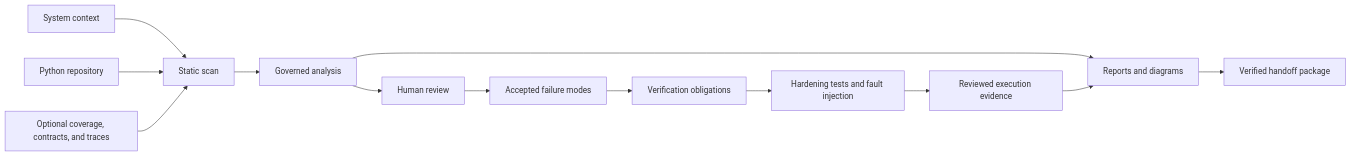
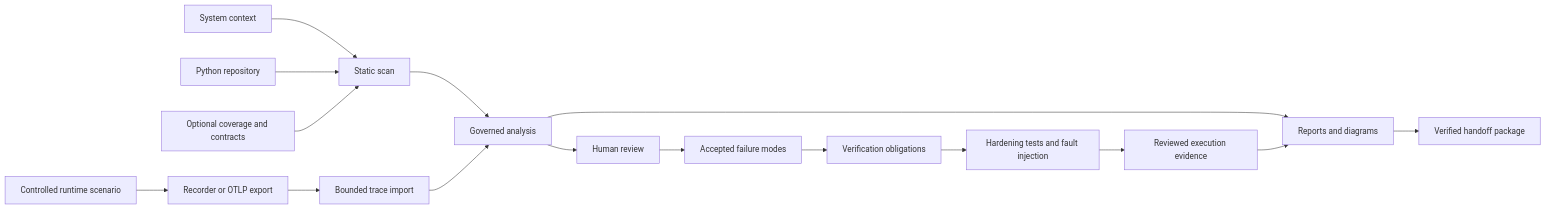
Before and after one commit to willtran87/project-py-sfmea: the first of 7 diagrams in docs/VISUAL_GUIDE.md, drawn with Mermaid. The commit also changed other lines of this file and 8 other files, not shown here.

Commit message:
Refresh assurance workflows and diagrams

````diff
--- a/docs/VISUAL_GUIDE.md
+++ b/docs/VISUAL_GUIDE.md
@@ -9,15 +9,18 @@
 ```mermaid
 flowchart LR
     C["System context"] --> S["Static scan"]
     R["Python repository"] --> S
-    E["Optional coverage, contracts, and traces"] --> S
+    E["Optional coverage and contracts"] --> S
+    X["Controlled runtime scenario"] --> RX["Recorder or OTLP export"]
+    RX --> I["Bounded trace import"]
     S --> A["Governed analysis"]
+    I --> A
     A --> H["Human review"]
     H --> F["Accepted failure modes"]
     F --> O["Verification obligations"]
     O --> T["Hardening tests and fault injection"]
     T --> V["Reviewed execution evidence"]
     A --> P["Reports and diagrams"]
     V --> P
     P --> K["Verified handoff package"]
 ```
````
